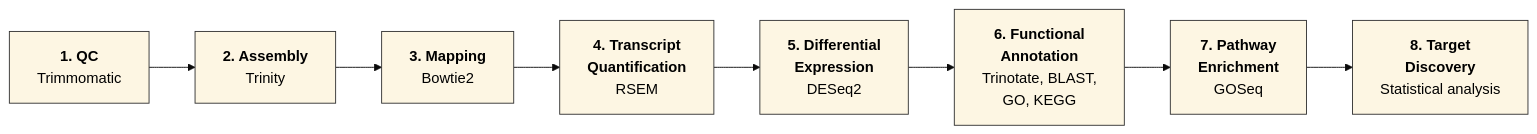
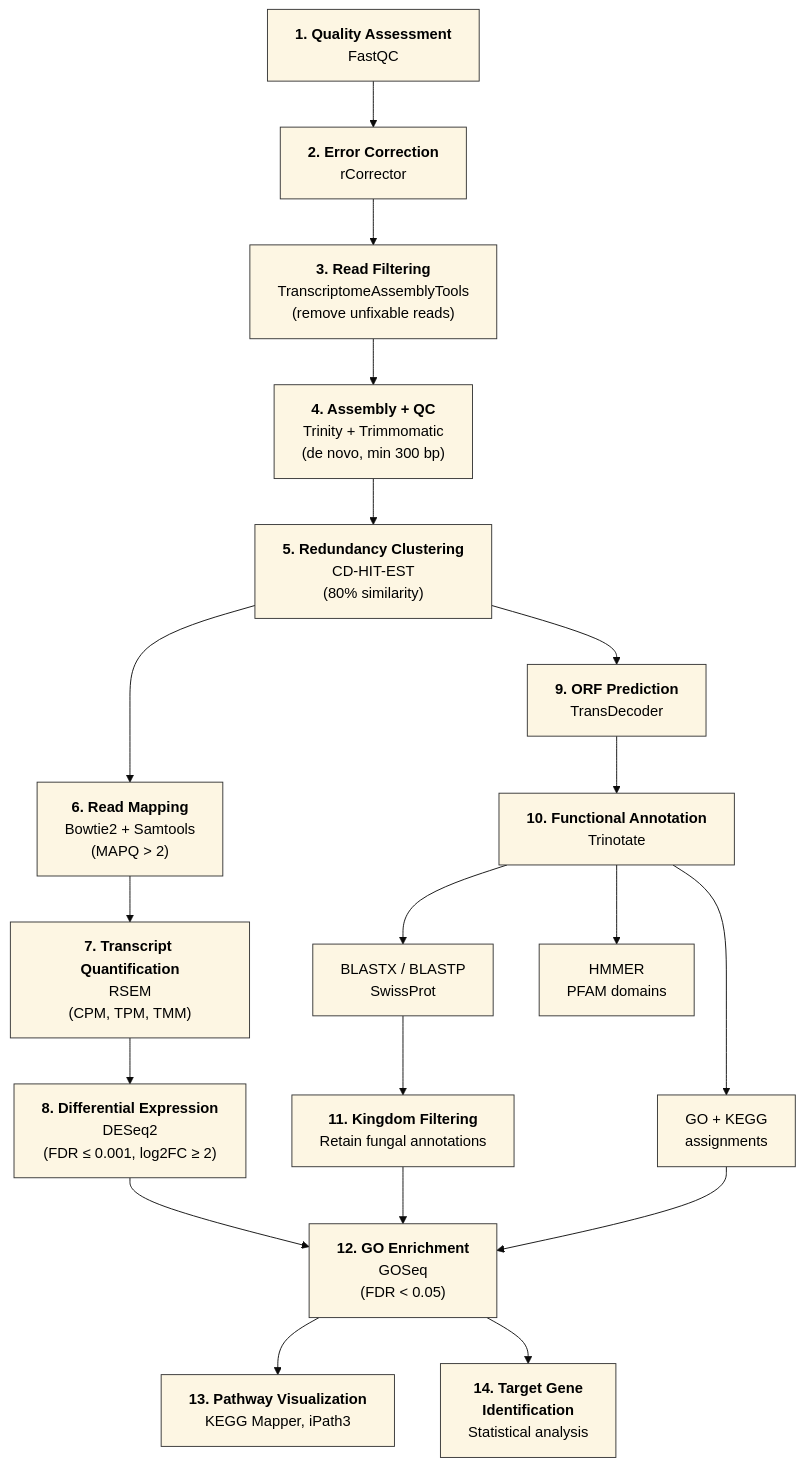
Before and after one commit to n-bsub/Mold_metatranscriptomics: the diagram in README.md, drawn with Mermaid.

Commit message:
Update pipeline flowchart for clarity and accuracy

````diff
--- a/README.md
+++ b/README.md
@@ -11,20 +11,44 @@
 ```mermaid
 %%{init: {'theme': 'base', 'themeVariables': {'fontFamily': 'Arial'}}}%%
-flowchart LR
-    A["<b>1. QC</b><br/>Trimmomatic"] --> B["<b>2. Assembly</b><br/>Trinity"]
-    B --> C["<b>3. Mapping</b><br/>Bowtie2"]
-    C --> D["<b>4. Transcript<br/>Quantification</b><br/>RSEM"]
-    D --> E["<b>5. Differential<br/>Expression</b><br/>DESeq2"]
-    E --> F["<b>6. Functional<br/>Annotation</b><br/>Trinotate, BLAST,<br/>GO, KEGG"]
-    F --> G["<b>7. Pathway<br/>Enrichment</b><br/>GOSeq"]
-    G --> H["<b>8. Target<br/>Discovery</b><br/>Statistical analysis"]
+flowchart TD
+    A["<b>1. Quality Assessment</b><br/>FastQC"] --> B["<b>2. Error Correction</b><br/>rCorrector"]
+    B --> C["<b>3. Read Filtering</b><br/>TranscriptomeAssemblyTools<br/>(remove unfixable reads)"]
+    C --> D["<b>4. Assembly + QC</b><br/>Trinity + Trimmomatic<br/>(de novo, min 300 bp)"]
+    D --> E["<b>5. Redundancy Clustering</b><br/>CD-HIT-EST<br/>(80% similarity)"]
+    E --> F["<b>6. Read Mapping</b><br/>Bowtie2 + Samtools<br/>(MAPQ > 2)"]
+    F --> G["<b>7. Transcript Quantification</b><br/>RSEM<br/>(CPM, TPM, TMM)"]
+    G --> H["<b>8. Differential Expression</b><br/>DESeq2<br/>(FDR ≤ 0.001, log2FC ≥ 2)"]
+
+    E --> I["<b>9. ORF Prediction</b><br/>TransDecoder"]
+    I --> J["<b>10. Functional Annotation</b><br/>Trinotate"]
+    J --> K["BLASTX / BLASTP<br/>SwissProt"]
+    J --> L["HMMER<br/>PFAM domains"]
+    J --> M["GO + KEGG<br/>assignments"]
+
+    K --> N["<b>11. Kingdom Filtering</b><br/>Retain fungal annotations"]
+
+    H --> O["<b>12. GO Enrichment</b><br/>GOSeq<br/>(FDR < 0.05)"]
+    N --> O
+    M --> O
+
+    O --> P["<b>13. Pathway Visualization</b><br/>KEGG Mapper, iPath3"]
+    O --> Q["<b>14. Target Gene<br/>Identification</b><br/>Statistical analysis"]
 
     style A fill:#fdf6e3,stroke:#333,color:#000
     style B fill:#fdf6e3,stroke:#333,color:#000
     style C fill:#fdf6e3,stroke:#333,color:#000
     style D fill:#fdf6e3,stroke:#333,color:#000
     style E fill:#fdf6e3,stroke:#333,color:#000
     style F fill:#fdf6e3,stroke:#333,color:#000
     style G fill:#fdf6e3,stroke:#333,color:#000
     style H fill:#fdf6e3,stroke:#333,color:#000
+    style I fill:#fdf6e3,stroke:#333,color:#000
+    style J fill:#fdf6e3,stroke:#333,color:#000
+    style K fill:#fdf6e3,stroke:#333,color:#000
+    style L fill:#fdf6e3,stroke:#333,color:#000
+    style M fill:#fdf6e3,stroke:#333,color:#000
+    style N fill:#fdf6e3,stroke:#333,color:#000
+    style O fill:#fdf6e3,stroke:#333,color:#000
+    style P fill:#fdf6e3,stroke:#333,color:#000
+    style Q fill:#fdf6e3,stroke:#333,color:#000
 ```
````
